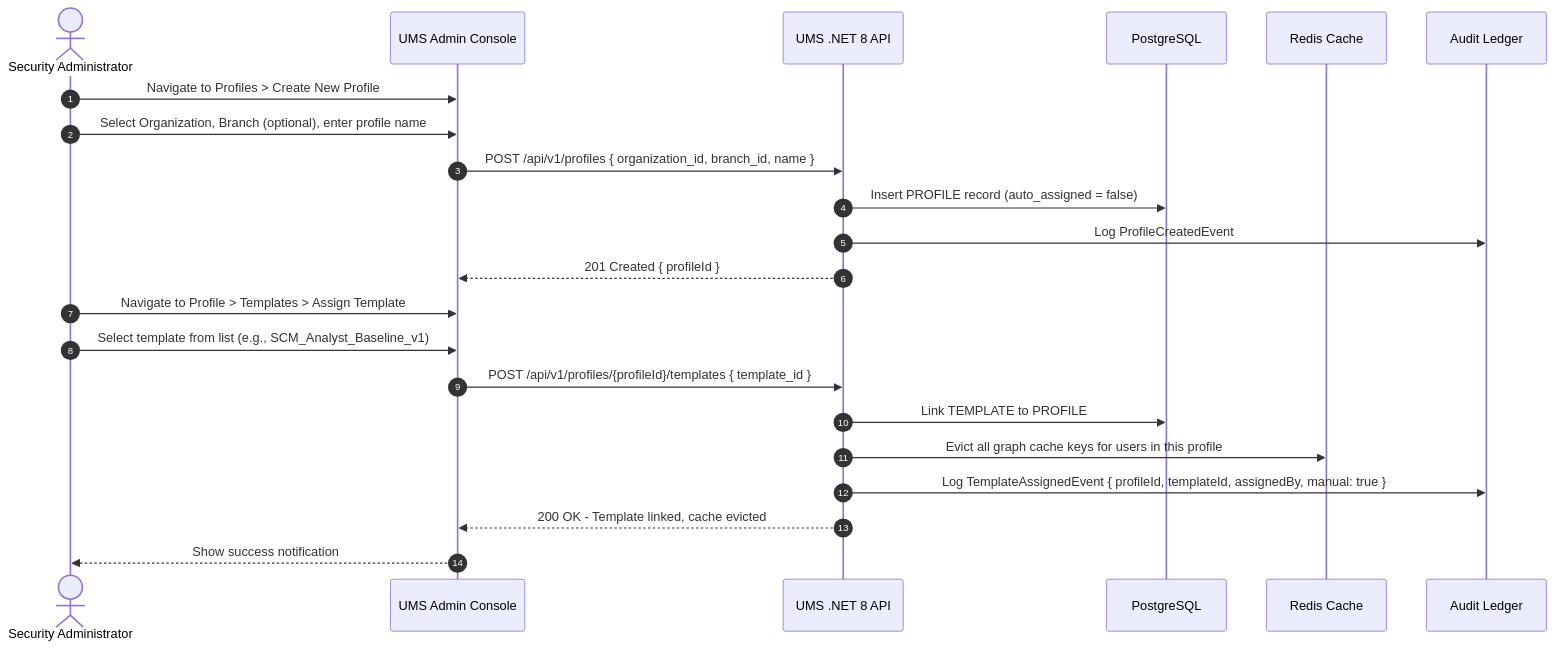
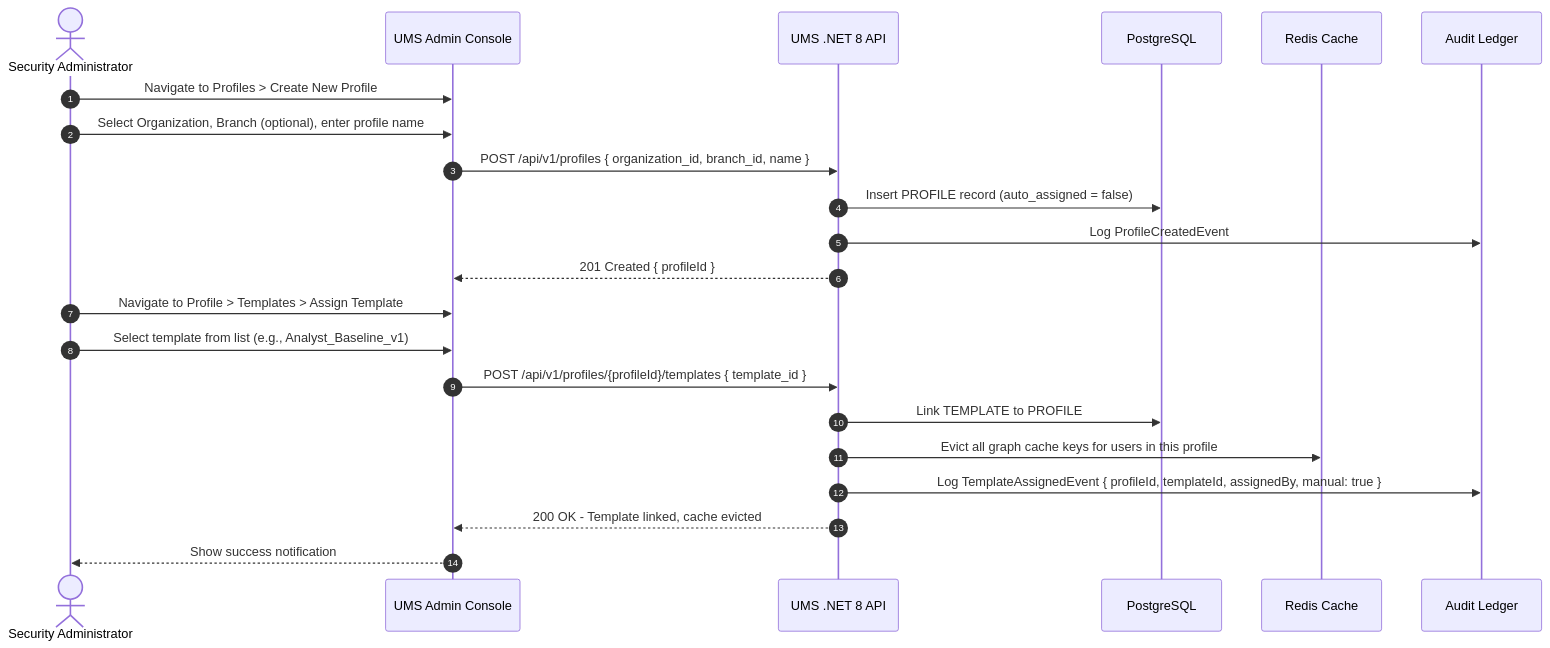
One commit to beyondnetcode/ums changed the diagram in src/ums-workspace/docs/en/01-requirements/functional-stories/fs-05-create-profile-manual-template.md. Above: the diagram before and after it, drawn with Mermaid. The commit also changed 132 other files, not shown here.

````diff
--- a/src/ums-workspace/docs/en/01-requirements/functional-stories/fs-05-create-profile-manual-template.md
+++ b/src/ums-workspace/docs/en/01-requirements/functional-stories/fs-05-create-profile-manual-template.md
@@ -20,25 +20,25 @@
 ```mermaid
 sequenceDiagram
     autonumber
     actor Admin as Security Administrator
     participant Console as UMS Admin Console
     participant API as UMS .NET 8 API
     participant DB as PostgreSQL
     participant Cache as Redis Cache
     participant Audit as Audit Ledger
 
     Admin->>Console: Navigate to Profiles > Create New Profile
     Admin->>Console: Select Organization, Branch (optional), enter profile name
     Console->>API: POST /api/v1/profiles { organization_id, branch_id, name }
     API->>DB: Insert PROFILE record (auto_assigned = false)
     API->>Audit: Log ProfileCreatedEvent
     API-->>Console: 201 Created { profileId }
     Admin->>Console: Navigate to Profile > Templates > Assign Template
-    Admin->>Console: Select template from list (e.g., SCM_Analyst_Baseline_v1)
+    Admin->>Console: Select template from list (e.g., Analyst_Baseline_v1)
     Console->>API: POST /api/v1/profiles/{profileId}/templates { template_id }
     API->>DB: Link TEMPLATE to PROFILE
     API->>Cache: Evict all graph cache keys for users in this profile
     API->>Audit: Log TemplateAssignedEvent { profileId, templateId, assignedBy, manual: true }
     API-->>Console: 200 OK - Template linked, cache evicted
     Console-->>Admin: Show success notification
 ```
````
